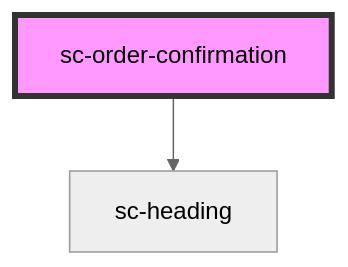
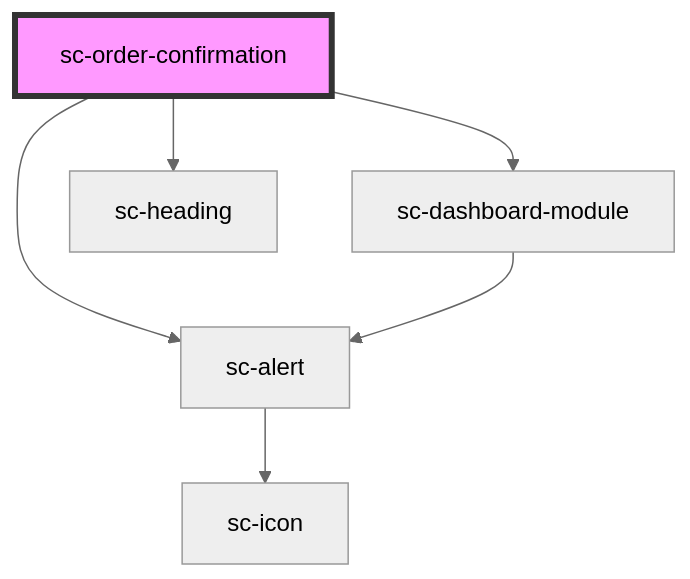
The diagram in packages/components/src/components/controllers/confirmation/order-confirmation/readme.md (surecart/surecart-wp-plugin), drawn with Mermaid (neutral theme) before and after one commit. The commit also changed other lines of this file and 7 other files, not shown here.

````diff
--- a/packages/components/src/components/controllers/confirmation/order-confirmation/readme.md
+++ b/packages/components/src/components/controllers/confirmation/order-confirmation/readme.md
@@ -22,5 +24,9 @@
 ```mermaid
 graph TD;
+  sc-order-confirmation --> sc-alert
+  sc-order-confirmation --> sc-dashboard-module
   sc-order-confirmation --> sc-heading
+  sc-alert --> sc-icon
+  sc-dashboard-module --> sc-alert
   style sc-order-confirmation fill:#f9f,stroke:#333,stroke-width:4px
 ```
````
